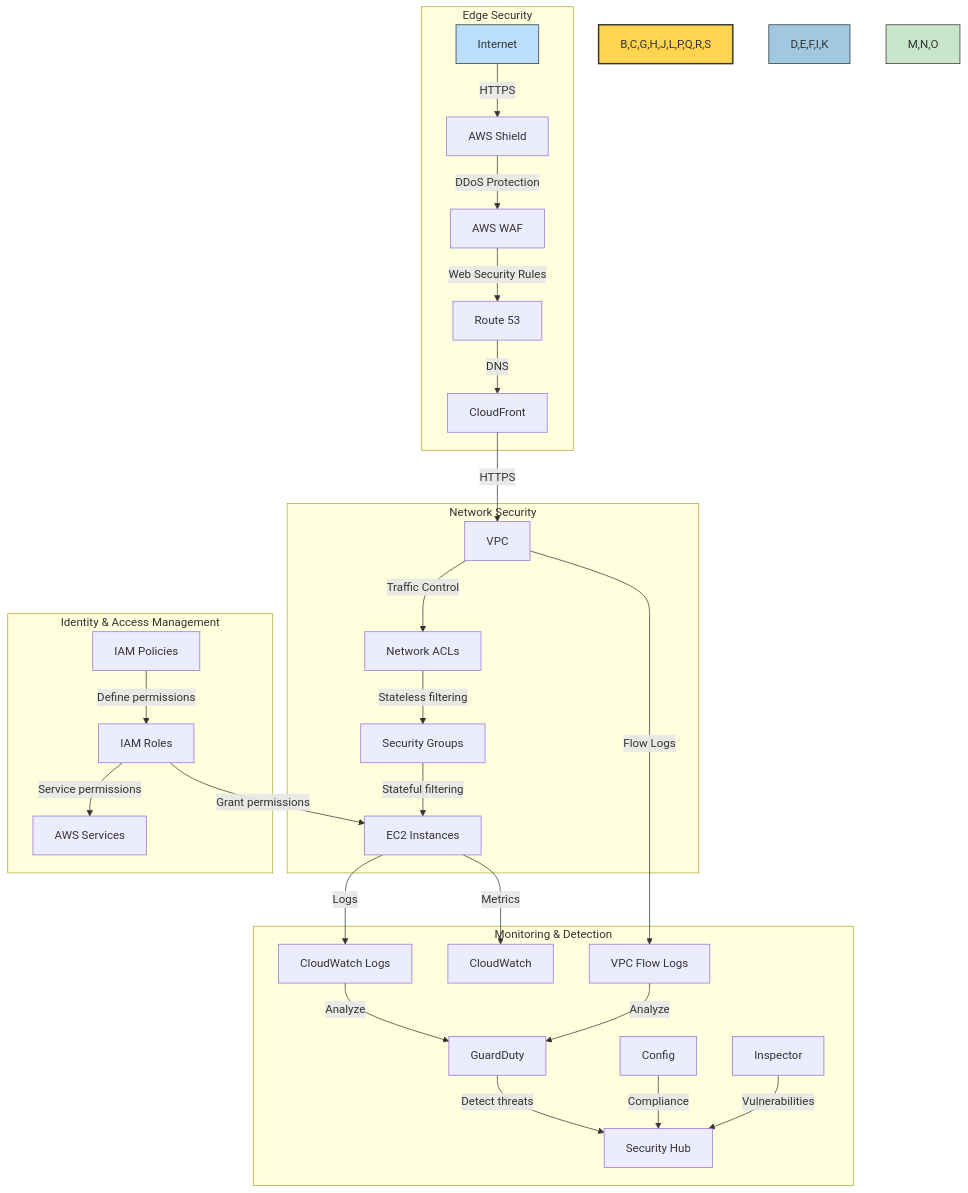
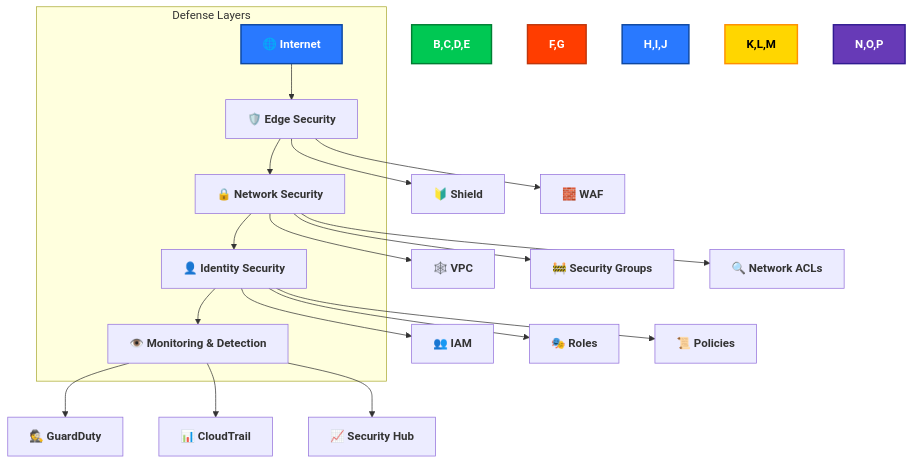
Before and after one commit to Hack23/cia: the ninth of 15 diagrams in SECURITY_ARCHITECTURE.md, drawn with Mermaid. The commit also changed other lines of this file, not shown here.

````diff
--- a/SECURITY_ARCHITECTURE.md
+++ b/SECURITY_ARCHITECTURE.md
@@ -686,40 +582,32 @@
 ```mermaid
 graph TD
-    subgraph "Edge Security"
-        A[Internet] -->|HTTPS| B[AWS Shield]
-        B -->|DDoS Protection| C[AWS WAF]
-        C -->|Web Security Rules| D[Route 53]
-        D -->|DNS| E[CloudFront]
+    subgraph "Defense Layers"
+        A[🌐 Internet] --> B[🛡️ Edge Security]
+        B --> C[🔒 Network Security]
+        C --> D[👤 Identity Security]
+        D --> E[👁️ Monitoring & Detection]
     end
     
-    subgraph "Network Security"
-        E -->|HTTPS| F[VPC]
-        F -->|Traffic Control| G[Network ACLs]
-        G -->|Stateless filtering| H[Security Groups]
-        H -->|Stateful filtering| I[EC2 Instances]
-    end
+    B --> F[🔰 Shield]
+    B --> G[🧱 WAF]
     
-    subgraph "Identity & Access Management"
-        J[IAM Roles] -->|Grant permissions| I
-        J -->|Service permissions| K[AWS Services]
-        L[IAM Policies] -->|Define permissions| J
-    end
+    C --> H[🕸️ VPC]
+    C --> I[🚧 Security Groups]
+    C --> J[🔍 Network ACLs]
     
-    subgraph "Monitoring & Detection"
-        I -->|Logs| M[CloudWatch Logs]
-        I -->|Metrics| N[CloudWatch]
-        F -->|Flow Logs| O[VPC Flow Logs]
-        
-        M -->|Analyze| P[GuardDuty]
-        O -->|Analyze| P
-        
-        P -->|Detect threats| Q[Security Hub]
-        R[Config] -->|Compliance| Q
-        S[Inspector] -->|Vulnerabilities| Q
-    end
+    D --> K[👥 IAM]
+    D --> L[🎭 Roles]
+    D --> M[📜 Policies]
     
-    style A fill:#bbdefb,stroke:#333,stroke-width:1px
-    style B,C,G,H,J,L,P,Q,R,S fill:#ffd54f,stroke:#333,stroke-width:2px
-    style D,E,F,I,K fill:#a0c8e0,stroke:#333,stroke-width:1px
-    style M,N,O fill:#c8e6c9,stroke:#333,stroke-width:1px
+    E --> N[🕵️ GuardDuty]
+    E --> O[📊 CloudTrail]
+    E --> P[📈 Security Hub]
+    
+    style A fill:#2979FF,stroke:#0D47A1,stroke-width:2px,color:white,font-weight:bold
+    style B,C,D,E fill:#00C853,stroke:#007E33,stroke-width:2px,color:white,font-weight:bold
+    style F,G fill:#FF3D00,stroke:#BF360C,stroke-width:2px,color:white,font-weight:bold
+    style H,I,J fill:#2979FF,stroke:#0D47A1,stroke-width:2px,color:white,font-weight:bold
+    style K,L,M fill:#FFD600,stroke:#FF8F00,stroke-width:2px,color:black,font-weight:bold
+    style N,O,P fill:#673AB7,stroke:#311B92,stroke-width:2px,color:white,font-weight:bold
+    classDef default font-weight:bold
 ```
````
